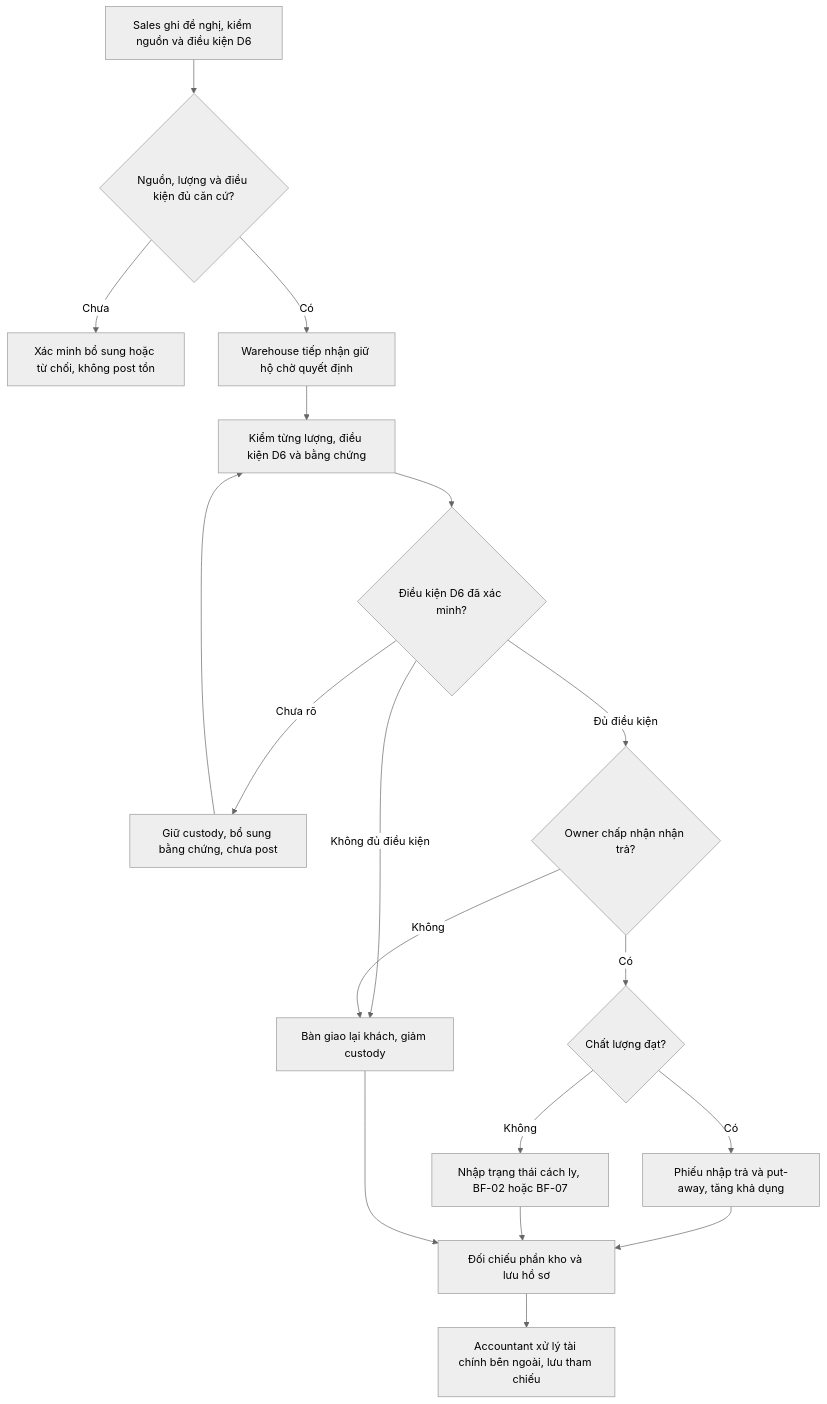
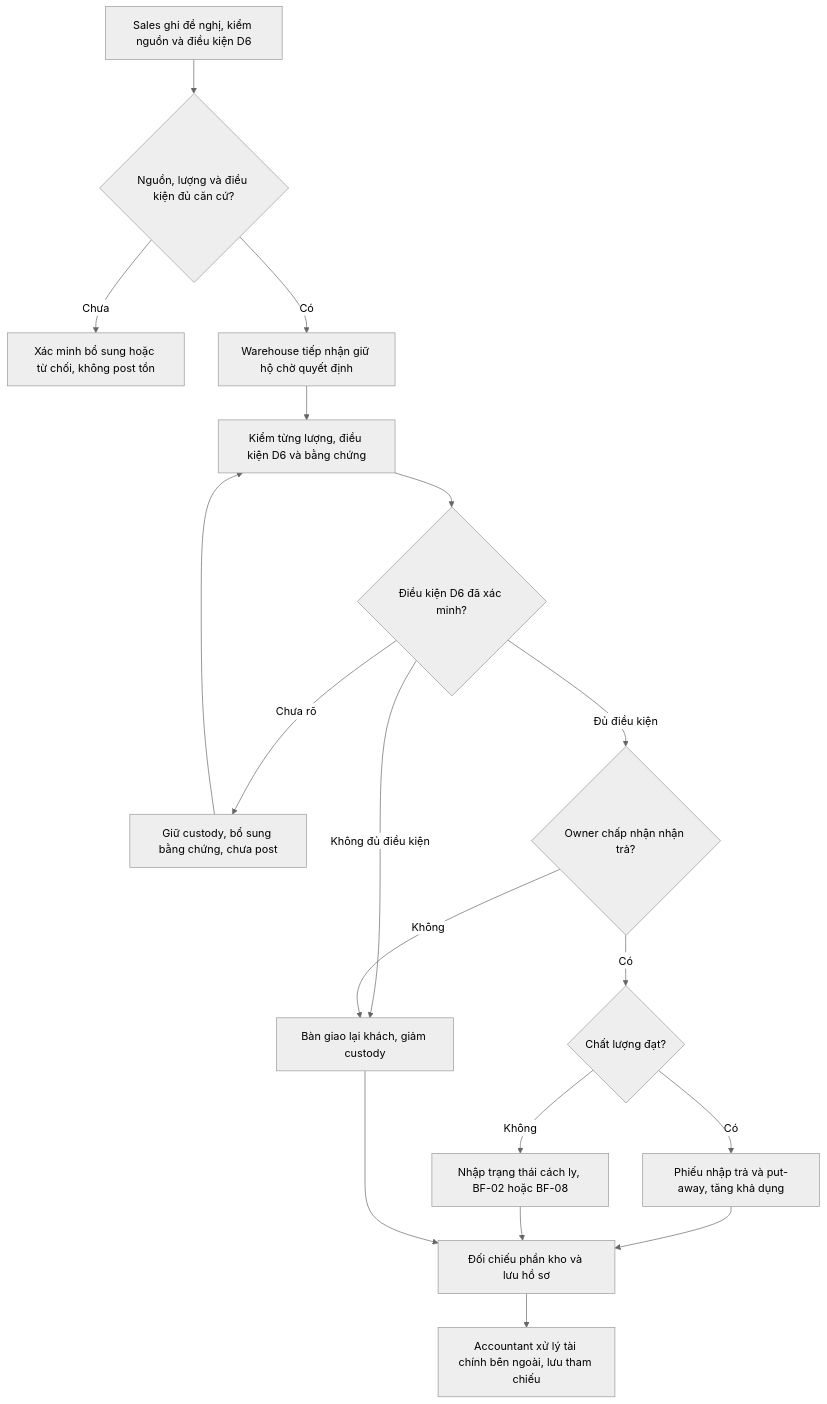
One commit to minhbach032003/docs_doan changed the eighth of 9 diagrams in docs/02_nghiep_vu/de_xuat_quy_trinh_2_VI.md. Above: the diagram before and after it, drawn with Mermaid (neutral theme). The commit also changed other lines of this file and 5 other files, not shown here.

Commit message:
docs: split warehouse flows and align sales data model

````diff
--- a/docs/02_nghiep_vu/de_xuat_quy_trinh_2_VI.md
+++ b/docs/02_nghiep_vu/de_xuat_quy_trinh_2_VI.md
@@ -723,20 +786,20 @@
 ```mermaid
 flowchart TD
  A[Sales ghi đề nghị, kiểm nguồn và điều kiện D6] --> B{Nguồn, lượng và điều kiện đủ căn cứ?}
  B -->|Chưa| C[Xác minh bổ sung hoặc từ chối, không post tồn]
  B -->|Có| D[Warehouse tiếp nhận giữ hộ chờ quyết định]
  D --> E[Kiểm từng lượng, điều kiện D6 và bằng chứng]
  E --> Q{Điều kiện D6 đã xác minh?}
  Q -->|Chưa rõ| P[Giữ custody, bổ sung bằng chứng, chưa post]
  P --> E
  Q -->|Không đủ điều kiện| G[Bàn giao lại khách, giảm custody]
  Q -->|Đủ điều kiện| F{Owner chấp nhận nhận trả?}
  F -->|Không| G[Bàn giao lại khách, giảm custody]
  F -->|Có| H{Chất lượng đạt?}
  H -->|Có| I[Phiếu nhập trả và put-away, tăng khả dụng]
- H -->|Không| J[Nhập trạng thái cách ly, BF-02 hoặc BF-07]
+ H -->|Không| J[Nhập trạng thái cách ly, BF-02 hoặc BF-08]
  I --> K[Đối chiếu phần kho và lưu hồ sơ]
  J --> K
  G --> K
  K --> L[Accountant xử lý tài chính bên ngoài, lưu tham chiếu]
 ```
````
